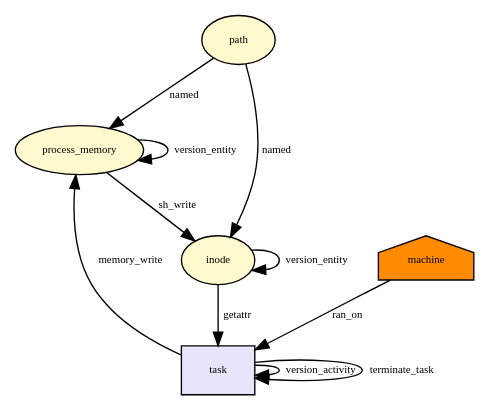
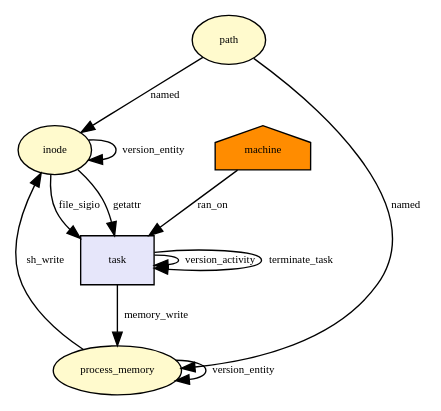
The diagram in docs/dot/__x64_sys_newfstat.dot (CamFlow/camflow-dev), drawn with Graphviz before and after one commit. The commit also changed 120 other files, not shown here.

```diff
--- a/docs/dot/__x64_sys_newfstat.dot
+++ b/docs/dot/__x64_sys_newfstat.dot
@@ -1,31 +1,33 @@
-digraph RGL__DirectedAdjacencyGraph {path[fontsize = 8,label = path,shape = ellipse, fillcolor="#fffacd", style = filled]
-
-process_memory[fontsize = 8,label = process_memory,shape = ellipse, fillcolor="#fffacd", style = filled]
-
-path -> process_memory[fontsize = 8,label = named]
-
-machine[fontsize = 8,label = machine,shape = house, fillcolor="#ff8c00", style = filled]
+digraph RGL__DirectedAdjacencyGraph {inode[fontsize = 8,label = inode,shape = ellipse, fillcolor="#fffacd", style = filled]
 
 task[fontsize = 8,label = task,shape = rectangle, fillcolor="#e6e6fa", style = filled]
 
-machine -> task[fontsize = 8,label = ran_on]
+inode -> task[fontsize = 8,label = file_sigio]
 
-inode[fontsize = 8,label = inode,shape = ellipse, fillcolor="#fffacd", style = filled]
-
-path -> inode[fontsize = 8,label = named]
-
-inode -> task[fontsize = 8,label = getattr]
+process_memory[fontsize = 8,label = process_memory,shape = ellipse, fillcolor="#fffacd", style = filled]
 
 task -> process_memory[fontsize = 8,label = memory_write]
 
 task -> task[fontsize = 8,label = version_activity]
 
 process_memory -> process_memory[fontsize = 8,label = version_entity]
 
 process_memory -> inode[fontsize = 8,label = sh_write]
 
 inode -> inode[fontsize = 8,label = version_entity]
 
+path[fontsize = 8,label = path,shape = ellipse, fillcolor="#fffacd", style = filled]
+
+path -> process_memory[fontsize = 8,label = named]
+
+machine[fontsize = 8,label = machine,shape = house, fillcolor="#ff8c00", style = filled]
+
+machine -> task[fontsize = 8,label = ran_on]
+
+path -> inode[fontsize = 8,label = named]
+
+inode -> task[fontsize = 8,label = getattr]
+
 task -> task[fontsize = 8,label = terminate_task]
 
 }
```
